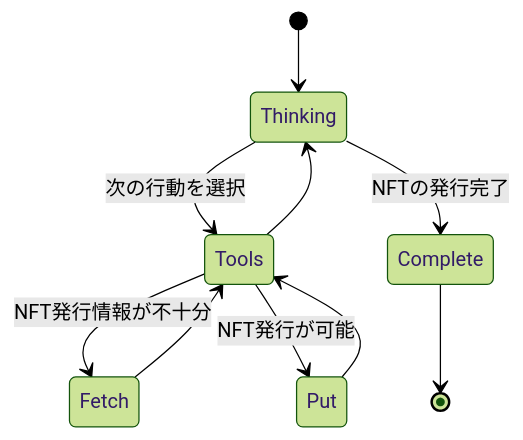
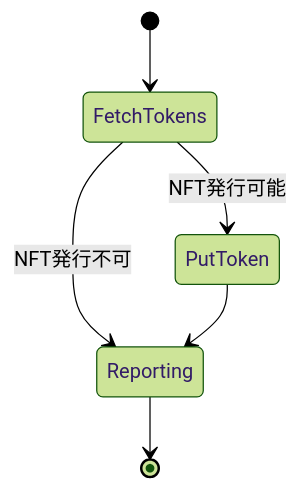
The diagram in README.md (C0A21130/contract-agent), drawn with Mermaid (forest theme) before and after one commit. The commit also changed 5 other files, not shown here.

````diff
--- a/README.md
+++ b/README.md
@@ -20,12 +20,8 @@
 ```mermaid
 stateDiagram-v2
-    [*] --> Thinking
-    Thinking --> Tools : 次の行動を選択
-    Tools --> Thinking
-    Tools --> Fetch : NFT発行情報が不十分
-    Fetch --> Tools
-    Tools --> Put : NFT発行が可能
-    Put --> Tools
-    Thinking --> Complete: NFTの発行完了
-    Complete --> [*]
+    [*] --> FetchTokens
+    FetchTokens --> PutToken : NFT発行可能
+    FetchTokens --> Reporting : NFT発行不可
+    PutToken --> Reporting
+    Reporting --> [*]
 ```
````
